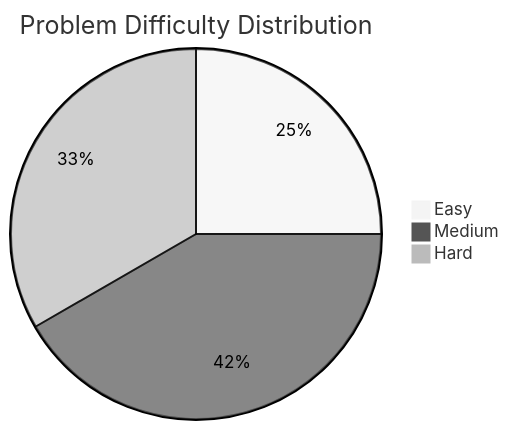
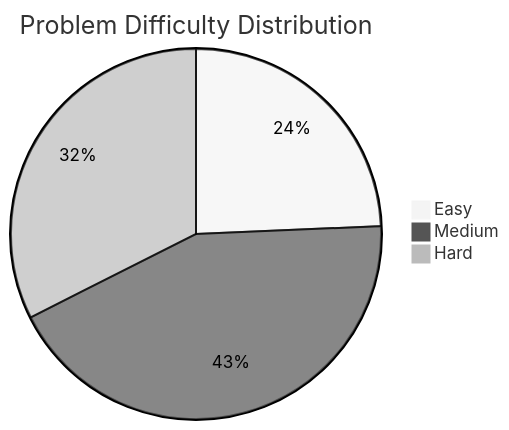
Before and after one commit to ernivani/leetcode-solutions: the first of 2 diagrams in JOURNAL.md, drawn with Mermaid (neutral theme). The commit also changed other lines of this file and 2 other files, not shown here.

````diff
--- a/JOURNAL.md
+++ b/JOURNAL.md
@@ -47,6 +48,6 @@
 ```mermaid
 pie title Problem Difficulty Distribution
     "Easy" : 9
-    "Medium" : 15
+    "Medium" : 16
     "Hard" : 12
 ```
````
